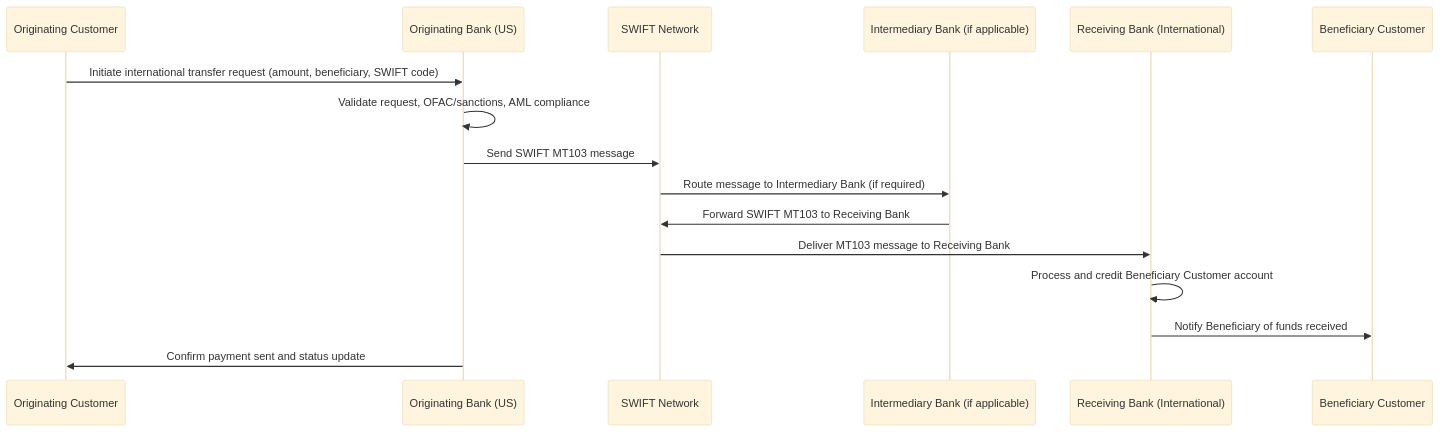
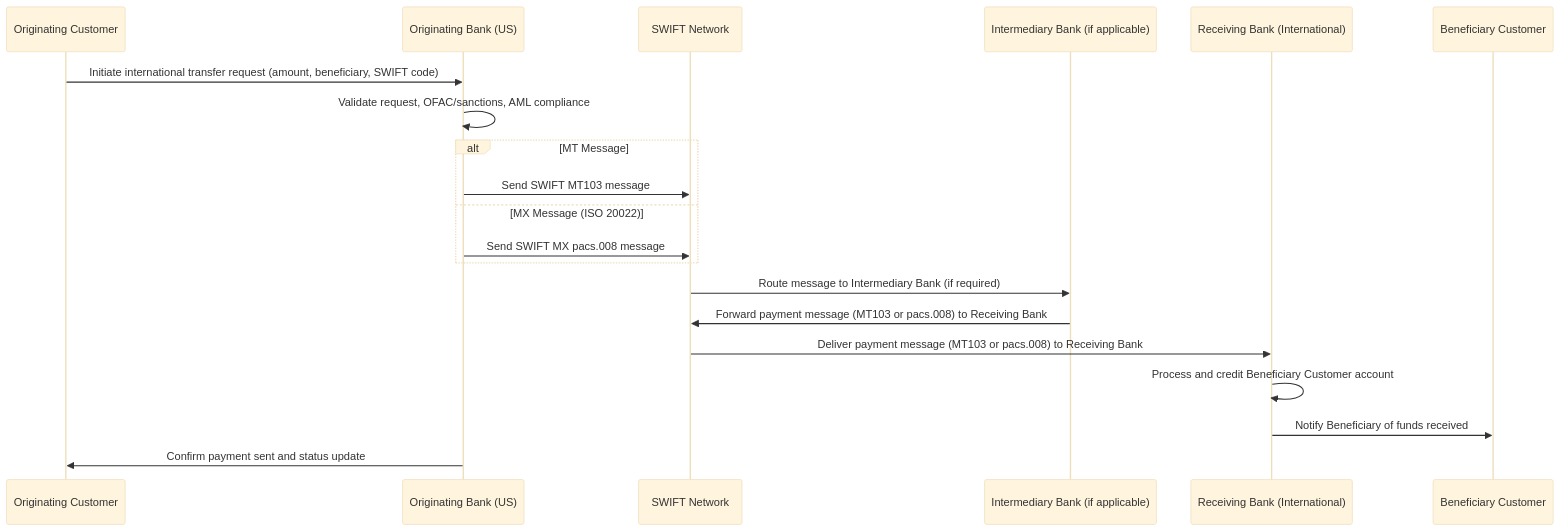
Before and after one commit to paranthaman-rajendran/prompt-lib: the diagram in prompts/us-intl.md, drawn with Mermaid (base theme).

````diff
--- a/prompts/us-intl.md
+++ b/prompts/us-intl.md
@@ -1,19 +1,23 @@
 ```mermaid
 sequenceDiagram
     participant OC as Originating Customer
     participant OB as Originating Bank (US)
     participant SW as SWIFT Network
     participant IB as Intermediary Bank (if applicable)
     participant RB as Receiving Bank (International)
     participant BC as Beneficiary Customer
 
     OC->>OB: Initiate international transfer request (amount, beneficiary, SWIFT code)
     OB->>OB: Validate request, OFAC/sanctions, AML compliance
-    OB->>SW: Send SWIFT MT103 message
+    alt MT Message
+        OB->>SW: Send SWIFT MT103 message
+    else MX Message (ISO 20022)
+        OB->>SW: Send SWIFT MX pacs.008 message
+    end
     SW->>IB: Route message to Intermediary Bank (if required)
-    IB->>SW: Forward SWIFT MT103 to Receiving Bank
-    SW->>RB: Deliver MT103 message to Receiving Bank
+    IB->>SW: Forward payment message (MT103 or pacs.008) to Receiving Bank
+    SW->>RB: Deliver payment message (MT103 or pacs.008) to Receiving Bank
     RB->>RB: Process and credit Beneficiary Customer account
     RB->>BC: Notify Beneficiary of funds received
     OB->>OC: Confirm payment sent and status update
 ```
````
